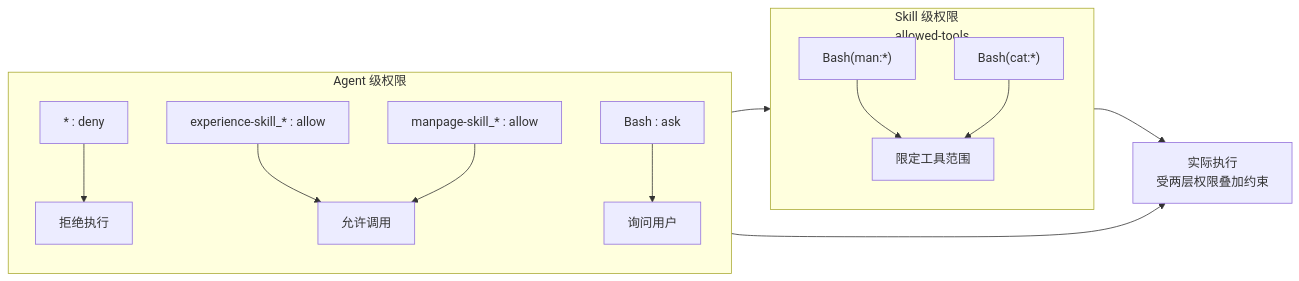
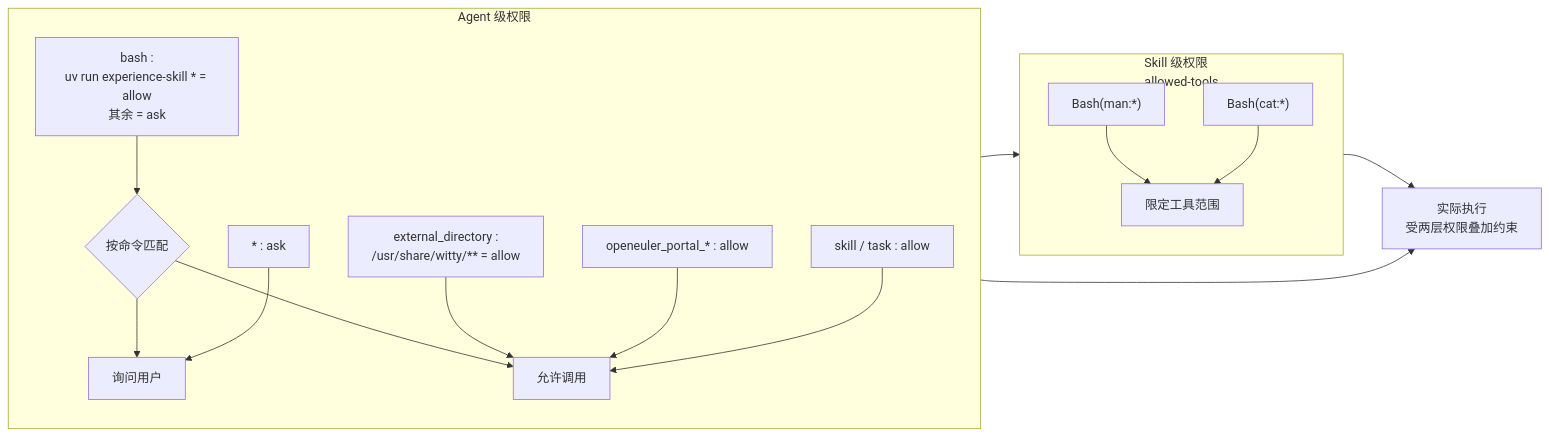
Before and after one commit to openeuler-mirror/euler-copilot-shell: the fifth of 5 diagrams in docs/design/witty-builtin-agent-packaging-design.md, drawn with Mermaid. The commit also changed other lines of this file and 1 other file, not shown here.

First line of the commit message:
chore: Allow witty dirs and experience-skill by default

````diff
--- a/docs/design/witty-builtin-agent-packaging-design.md
+++ b/docs/design/witty-builtin-agent-packaging-design.md
@@ -775,20 +779,23 @@
 ```mermaid
 flowchart LR
     subgraph Agent[Agent 级权限]
         direction TB
-        P1["* : deny"] --> PBLOCK[拒绝执行]
-        P2["experience-skill_* : allow"] --> OK[允许调用]
-        P3["manpage-skill_* : allow"] --> OK
-        P4["Bash : ask"] --> PROMPT[询问用户]
+        P1["* : ask"] --> PROMPT[询问用户]
+        P2["skill / task : allow"] --> OK[允许调用]
+        P3["openeuler_portal_* : allow"] --> OK
+        P5["external_directory :<br/>/usr/share/witty/** = allow"] --> OK
+        P4["bash :<br/>uv run experience-skill * = allow<br/>其余 = ask"] --> MIX{按命令匹配}
+        MIX --> OK
+        MIX --> PROMPT
     end
 
     subgraph Skill[Skill 级权限<br/>allowed-tools]
         direction TB
         S1["Bash(man:*)"] --> SCOPE[限定工具范围]
         S2["Bash(cat:*)"] --> SCOPE
     end
 
     OK --> SCOPE
     SCOPE --> EXEC[实际执行<br/>受两层权限叠加约束]
     PROMPT --> EXEC
 ```
````
